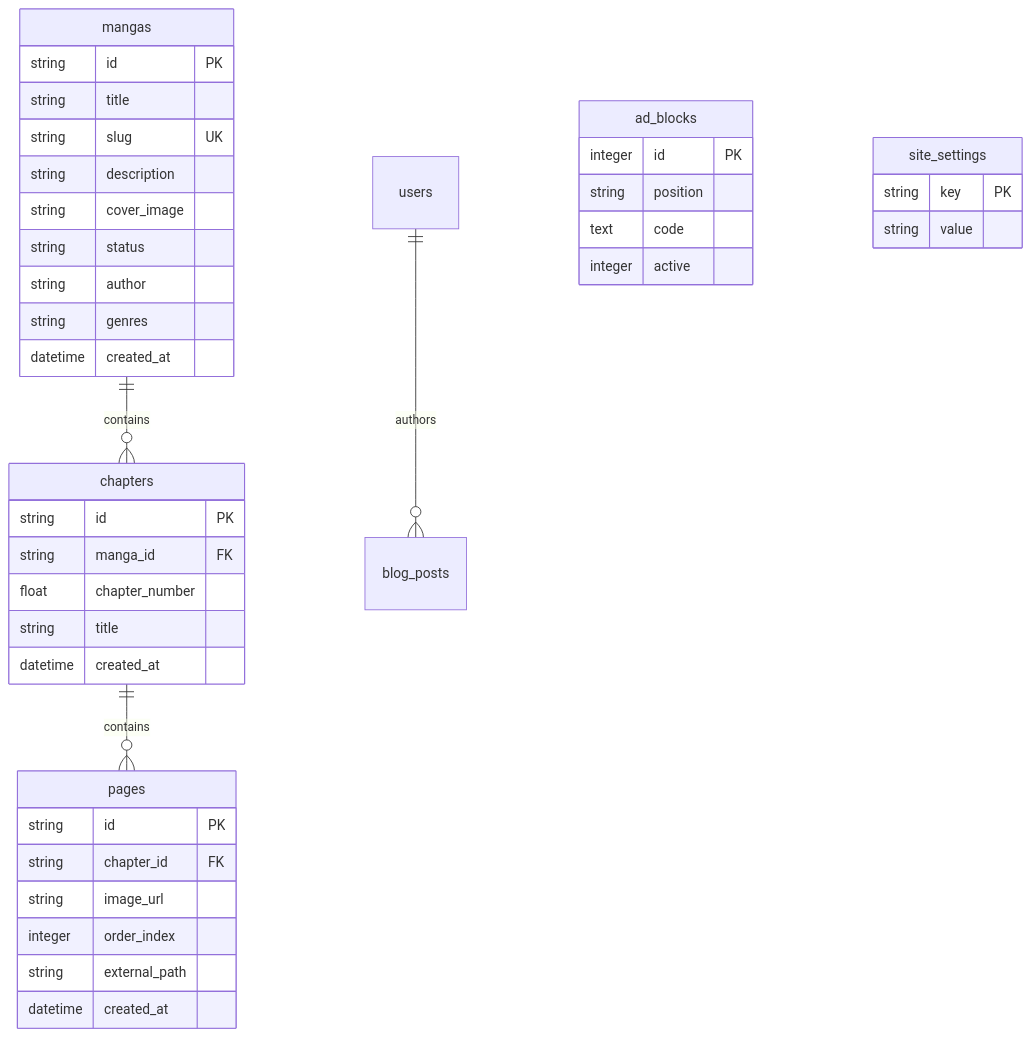
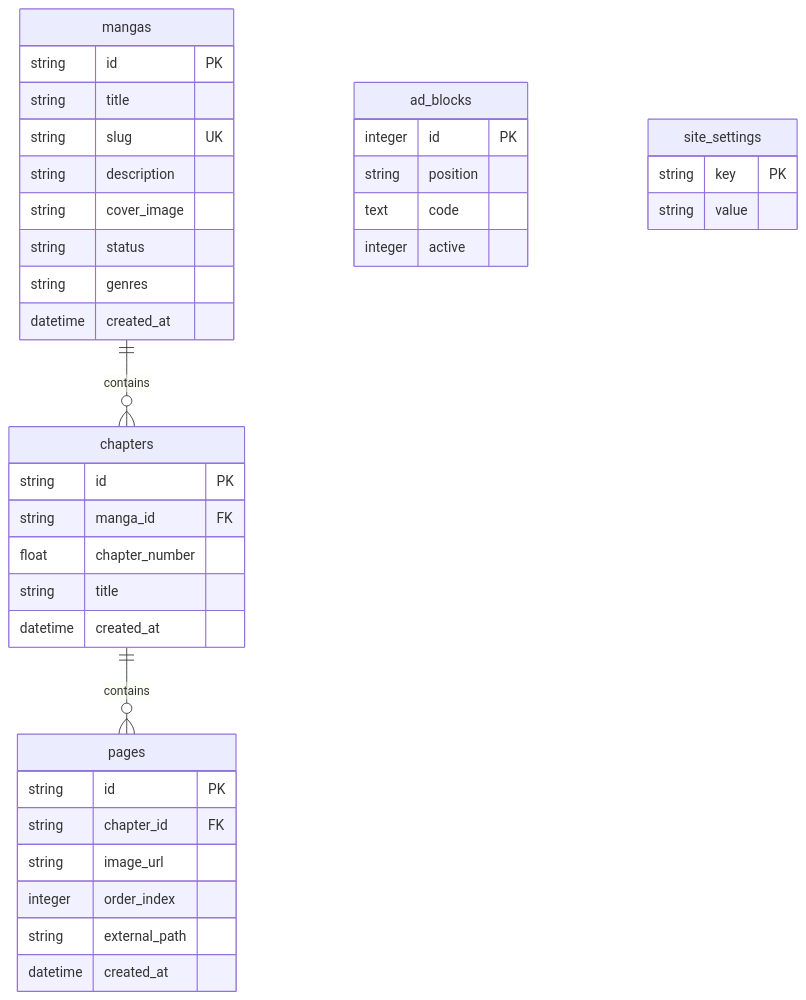
The second of 2 diagrams in README.md (hsinidev/MangaNexus-Reader), drawn with Mermaid before and after one commit. The commit also changed other lines of this file, not shown here.

Commit message:
docs(readme): SEO optimization & standardized architect branding attribution (Hsini Mohamed)

````diff
--- a/README.md
+++ b/README.md
@@ -177,47 +207,45 @@
 ```mermaid
 erDiagram
     mangas ||--o{ chapters : contains
     chapters ||--o{ pages : contains
-    users ||--o{ blog_posts : authors
 
     mangas {
         string id PK
         string title
         string slug UK
         string description
         string cover_image
         string status
-        string author
         string genres
         datetime created_at
     }
 
     chapters {
         string id PK
         string manga_id FK
         float chapter_number
         string title
         datetime created_at
     }
 
     pages {
         string id PK
         string chapter_id FK
         string image_url
         integer order_index
         string external_path
         datetime created_at
     }
 
     ad_blocks {
         integer id PK
         string position
         text code
         integer active
     }
 
     site_settings {
         string key PK
         string value
     }
 ```
````
